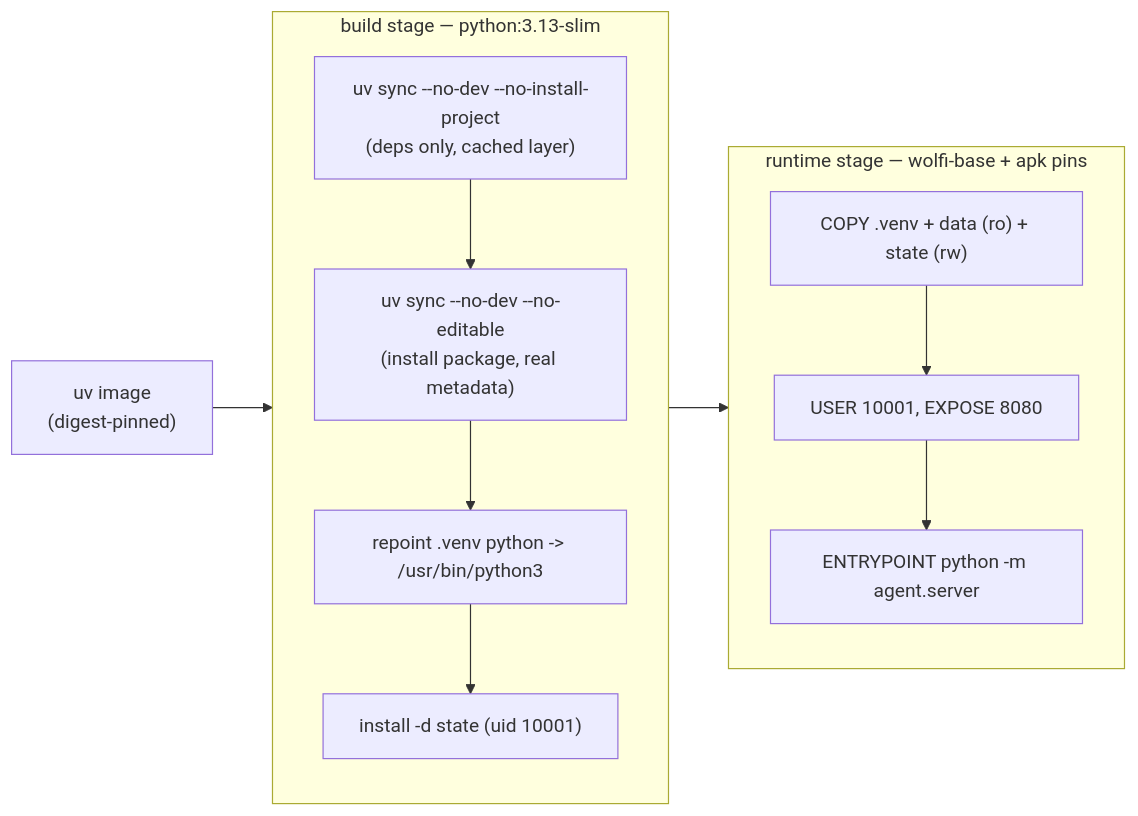
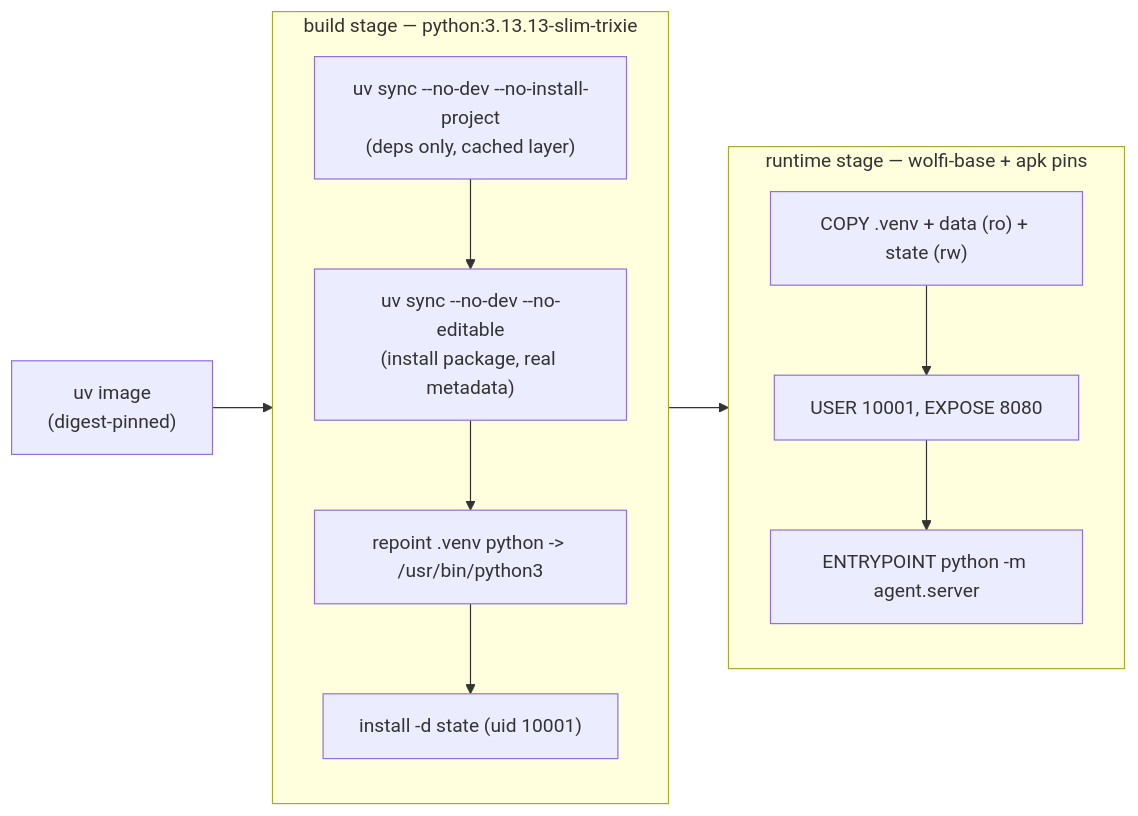
One commit to LuiGGi629/agentops-open-course changed the second of 2 diagrams in docs/3. Capabilities/3.0. Packaging.md. Above: the diagram before and after it, drawn with Mermaid. The commit also changed other lines of this file and 13 other files, not shown here.

````diff
--- a/docs/3. Capabilities/3.0. Packaging.md
+++ b/docs/3. Capabilities/3.0. Packaging.md
@@ -176,18 +176,18 @@
 ```mermaid
 flowchart LR
     U["uv image<br/>(digest-pinned)"] --> B
-    subgraph B["build stage — python:3.13-slim"]
+    subgraph B["build stage — python:3.13.13-slim-trixie"]
         B1["uv sync --no-dev --no-install-project<br/>(deps only, cached layer)"]
         B2["uv sync --no-dev --no-editable<br/>(install package, real metadata)"]
         B3["repoint .venv python -> /usr/bin/python3"]
         B4["install -d state (uid 10001)"]
         B1 --> B2 --> B3 --> B4
     end
     B --> R
     subgraph R["runtime stage — wolfi-base + apk pins"]
         R1["COPY .venv + data (ro) + state (rw)"]
         R2["USER 10001, EXPOSE 8080"]
         R3["ENTRYPOINT python -m agent.server"]
         R1 --> R2 --> R3
     end
 ```
````
